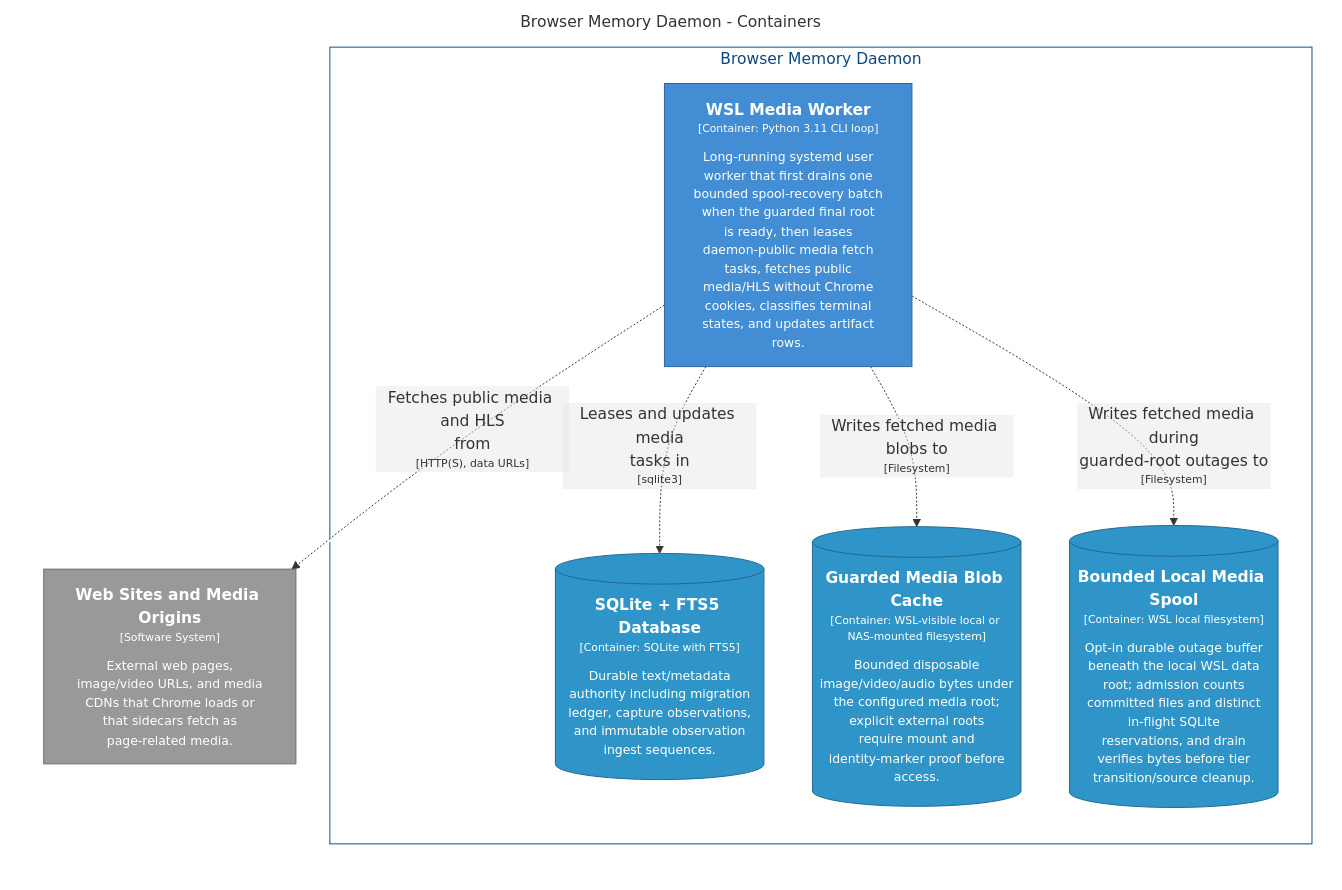
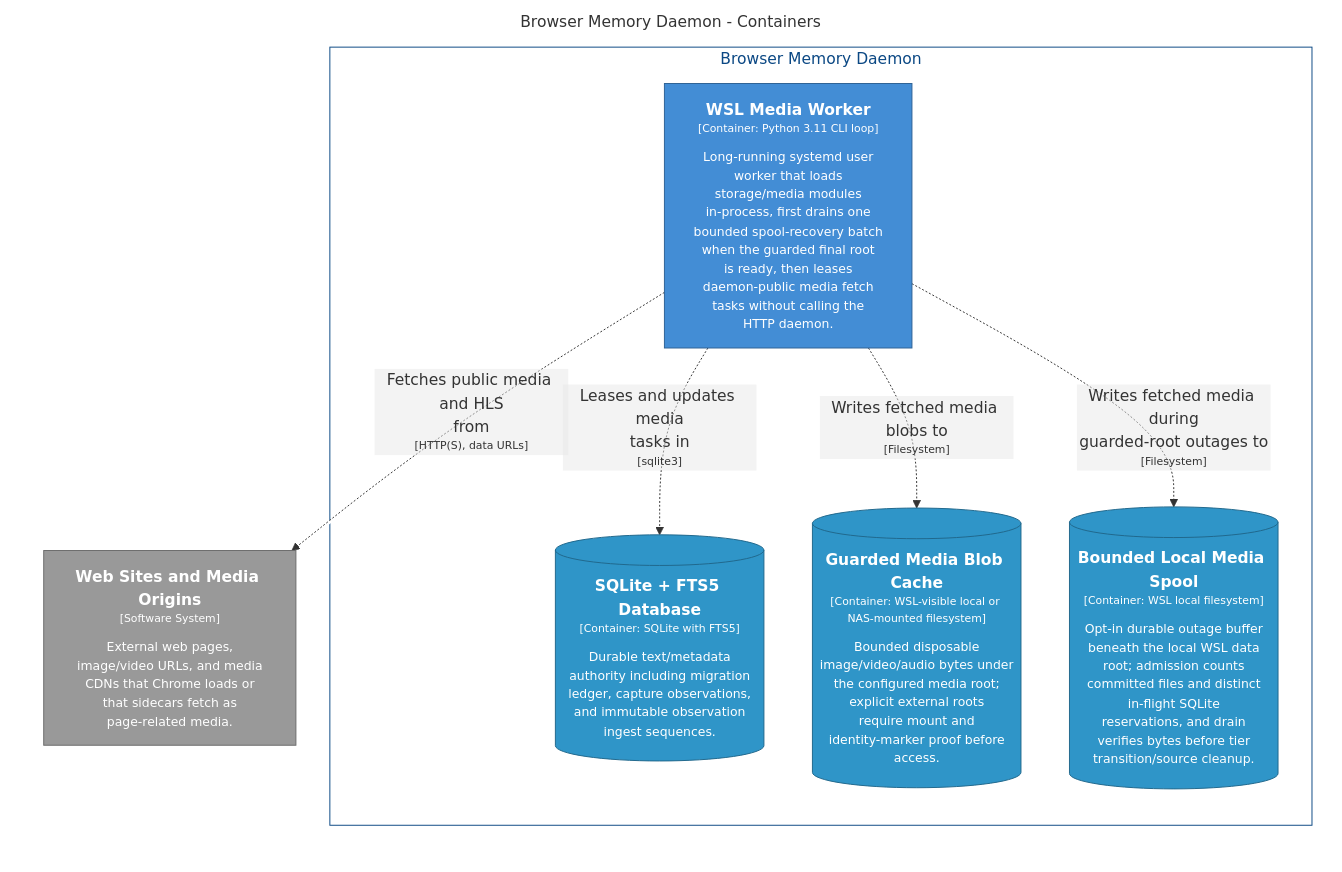
The diagram in docs/architecture/diagrams/markdown/DaemonMediaWorkerContainers.md (michaelnicks0/browser-memory-daemon), drawn with Mermaid before and after one commit. The commit also changed 269 other files, not shown here.

Commit message:
docs: reconcile late architecture audit findings

````diff
--- a/docs/architecture/diagrams/markdown/DaemonMediaWorkerContainers.md
+++ b/docs/architecture/diagrams/markdown/DaemonMediaWorkerContainers.md
@@ -16,29 +16,29 @@
 ```mermaid
 graph LR
   linkStyle default fill:#ffffff
 
   subgraph diagram ["Browser Memory Daemon - Containers"]
     style diagram fill:#ffffff,stroke:#ffffff
 
     3["<div style='font-weight: bold'>Web Sites and Media Origins</div><div style='font-size: 70%; margin-top: 0px'>[Software System]</div><div style='font-size: 80%; margin-top:10px'>External web pages,<br />image/video URLs, and media<br />CDNs that Chrome loads or<br />that sidecars fetch as<br />page-related media.</div>"]
     style 3 fill:#999999,stroke:#6b6b6b,color:#ffffff
 
-    subgraph 4 ["Browser Memory Daemon"]
-      style 4 fill:#ffffff,stroke:#0b4884,color:#0b4884
+    subgraph 5 ["Browser Memory Daemon"]
+      style 5 fill:#ffffff,stroke:#0b4884,color:#0b4884
 
-      45["<div style='font-weight: bold'>WSL Media Worker</div><div style='font-size: 70%; margin-top: 0px'>[Container: Python 3.11 CLI loop]</div><div style='font-size: 80%; margin-top:10px'>Long-running systemd user<br />worker that first drains one<br />bounded spool-recovery batch<br />when the guarded final root<br />is ready, then leases<br />daemon-public media fetch<br />tasks, fetches public<br />media/HLS without Chrome<br />cookies, classifies terminal<br />states, and updates artifact<br />rows.</div>"]
+      45["<div style='font-weight: bold'>WSL Media Worker</div><div style='font-size: 70%; margin-top: 0px'>[Container: Python 3.11 CLI loop]</div><div style='font-size: 80%; margin-top:10px'>Long-running systemd user<br />worker that loads<br />storage/media modules<br />in-process, first drains one<br />bounded spool-recovery batch<br />when the guarded final root<br />is ready, then leases<br />daemon-public media fetch<br />tasks without calling the<br />HTTP daemon.</div>"]
       style 45 fill:#438dd5,stroke:#2e6295,color:#ffffff
-      49[("<div style='font-weight: bold'>SQLite + FTS5 Database</div><div style='font-size: 70%; margin-top: 0px'>[Container: SQLite with FTS5]</div><div style='font-size: 80%; margin-top:10px'>Durable text/metadata<br />authority including migration<br />ledger, capture observations,<br />and immutable observation<br />ingest sequences.</div>")]
-      style 49 fill:#2f95c8,stroke:#20688c,color:#ffffff
-      51[("<div style='font-weight: bold'>Guarded Media Blob Cache</div><div style='font-size: 70%; margin-top: 0px'>[Container: WSL-visible local or NAS-mounted filesystem]</div><div style='font-size: 80%; margin-top:10px'>Bounded disposable<br />image/video/audio bytes under<br />the configured media root;<br />explicit external roots<br />require mount and<br />identity-marker proof before<br />access.</div>")]
-      style 51 fill:#2f95c8,stroke:#20688c,color:#ffffff
-      52[("<div style='font-weight: bold'>Bounded Local Media Spool</div><div style='font-size: 70%; margin-top: 0px'>[Container: WSL local filesystem]</div><div style='font-size: 80%; margin-top:10px'>Opt-in durable outage buffer<br />beneath the local WSL data<br />root; admission counts<br />committed files and distinct<br />in-flight SQLite<br />reservations, and drain<br />verifies bytes before tier<br />transition/source cleanup.</div>")]
-      style 52 fill:#2f95c8,stroke:#20688c,color:#ffffff
+      57[("<div style='font-weight: bold'>SQLite + FTS5 Database</div><div style='font-size: 70%; margin-top: 0px'>[Container: SQLite with FTS5]</div><div style='font-size: 80%; margin-top:10px'>Durable text/metadata<br />authority including migration<br />ledger, capture observations,<br />and immutable observation<br />ingest sequences.</div>")]
+      style 57 fill:#2f95c8,stroke:#20688c,color:#ffffff
+      59[("<div style='font-weight: bold'>Guarded Media Blob Cache</div><div style='font-size: 70%; margin-top: 0px'>[Container: WSL-visible local or NAS-mounted filesystem]</div><div style='font-size: 80%; margin-top:10px'>Bounded disposable<br />image/video/audio bytes under<br />the configured media root;<br />explicit external roots<br />require mount and<br />identity-marker proof before<br />access.</div>")]
+      style 59 fill:#2f95c8,stroke:#20688c,color:#ffffff
+      60[("<div style='font-weight: bold'>Bounded Local Media Spool</div><div style='font-size: 70%; margin-top: 0px'>[Container: WSL local filesystem]</div><div style='font-size: 80%; margin-top:10px'>Opt-in durable outage buffer<br />beneath the local WSL data<br />root; admission counts<br />committed files and distinct<br />in-flight SQLite<br />reservations, and drain<br />verifies bytes before tier<br />transition/source cleanup.</div>")]
+      style 60 fill:#2f95c8,stroke:#20688c,color:#ffffff
     end
 
-    45-. "<div>Leases and updates media<br />tasks in</div><div style='font-size: 70%'>[sqlite3]</div>" .->49
+    45-. "<div>Leases and updates media<br />tasks in</div><div style='font-size: 70%'>[sqlite3]</div>" .->57
     45-. "<div>Fetches public media and HLS<br />from</div><div style='font-size: 70%'>[HTTP(S), data URLs]</div>" .->3
-    45-. "<div>Writes fetched media blobs to</div><div style='font-size: 70%'>[Filesystem]</div>" .->51
-    45-. "<div>Writes fetched media during<br />guarded-root outages to</div><div style='font-size: 70%'>[Filesystem]</div>" .->52
+    45-. "<div>Writes fetched media blobs to</div><div style='font-size: 70%'>[Filesystem]</div>" .->59
+    45-. "<div>Writes fetched media during<br />guarded-root outages to</div><div style='font-size: 70%'>[Filesystem]</div>" .->60
   end
 ```
````
